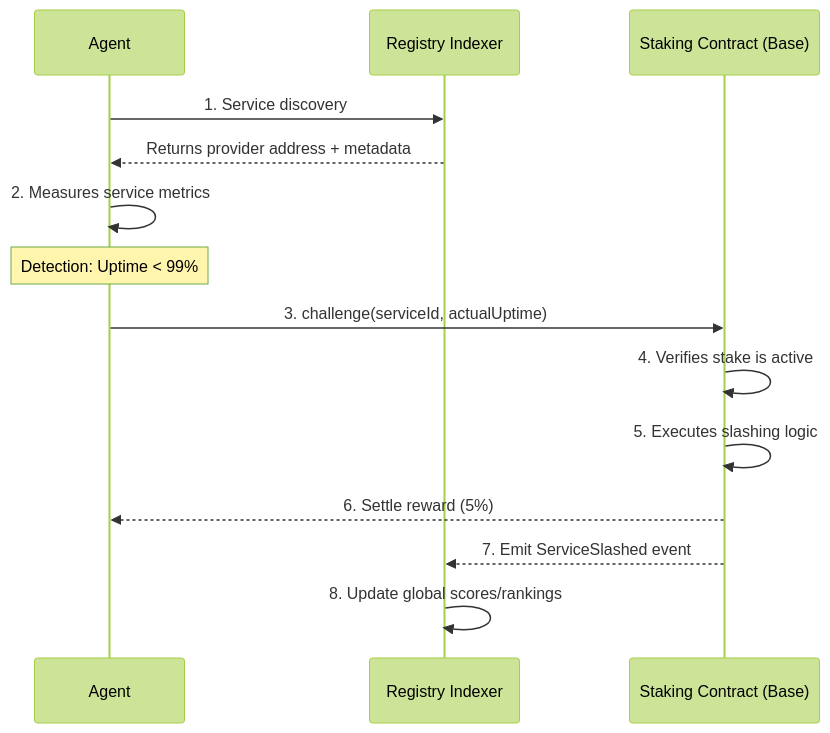
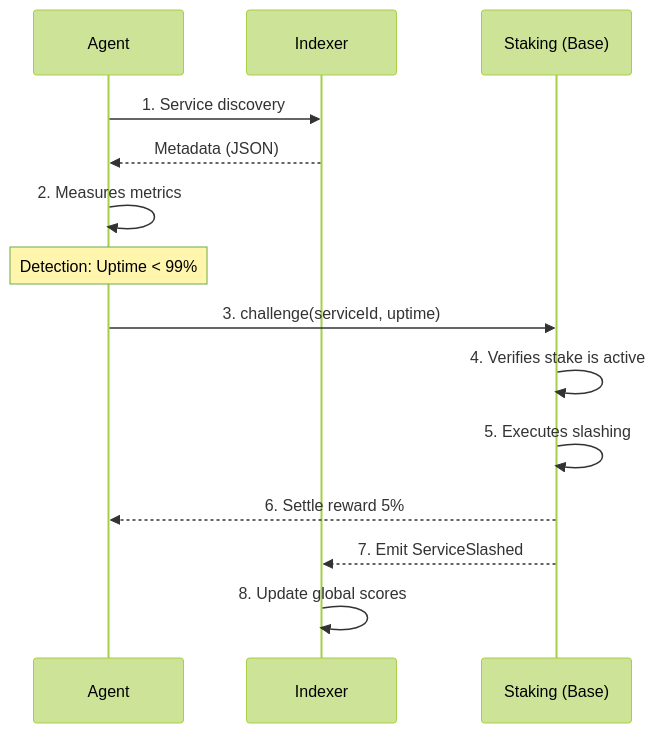
One commit to ShivamSoni20/X402-registry-master-prompt changed the second of 2 diagrams in README.md. Above: the diagram before and after it, drawn with Mermaid (forest theme). The commit also changed other lines of this file and 4 other files, not shown here.

Commit message:
📊 Fixed Mermaid syntax + Updated Credit (Built with <3 by shivam) + Feature: Auto-redirect on connect

````diff
--- a/README.md
+++ b/README.md
@@ -93,17 +93,17 @@
 ```mermaid
 sequenceDiagram
     participant Agent
-    participant Registry as Registry Indexer
-    participant Contract as Staking Contract (Base)
+    participant Registry as Indexer
+    participant Contract as Staking (Base)
     
     Agent->>Registry: 1. Service discovery
-    Registry-->>Agent: Returns provider address + metadata
-    Agent->>Agent: 2. Measures service metrics
+    Registry-->>Agent: Metadata (JSON)
+    Agent->>Agent: 2. Measures metrics
     Note over Agent: Detection: Uptime < 99%
-    Agent->>Contract: 3. challenge(serviceId, actualUptime)
+    Agent->>Contract: 3. challenge(serviceId, uptime)
     Contract->>Contract: 4. Verifies stake is active
-    Contract->>Contract: 5. Executes slashing logic
-    Contract-->>Agent: 6. Settle reward (5%)
-    Contract-->>Registry: 7. Emit ServiceSlashed event
-    Registry->>Registry: 8. Update global scores/rankings
+    Contract->>Contract: 5. Executes slashing
+    Contract-->>Agent: 6. Settle reward 5%
+    Contract-->>Registry: 7. Emit ServiceSlashed
+    Registry->>Registry: 8. Update global scores
 ```
````
